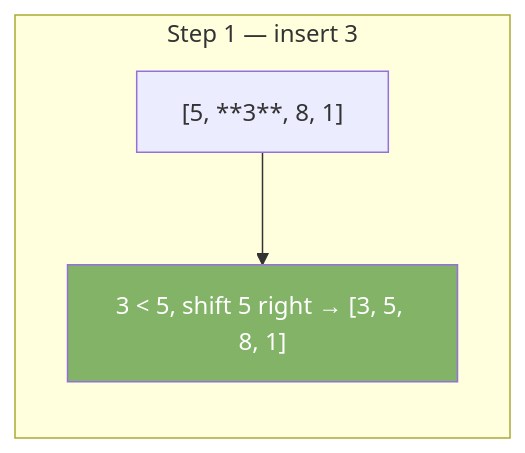
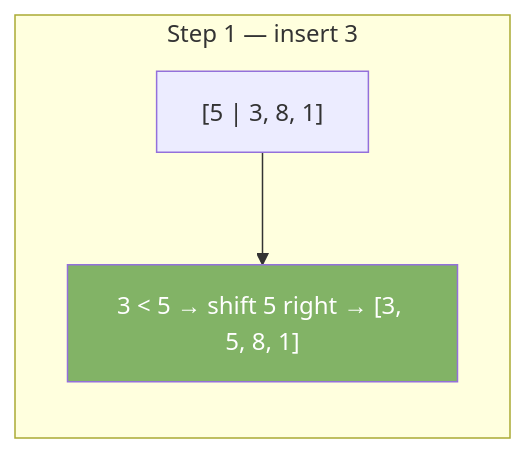
One commit to valarpirai/software-enginneering changed the first of 3 diagrams in docs/21-insertion-sort.md. Above: the diagram before and after it, drawn with Mermaid. The commit also changed other lines of this file and 3 other files, not shown here.

````diff
--- a/docs/21-insertion-sort.md
+++ b/docs/21-insertion-sort.md
@@ -25,7 +33,7 @@
 ```mermaid
 graph LR
     subgraph "Step 1 — insert 3"
-    A["[5, **3**, 8, 1]"] --> B["3 < 5, shift 5 right → [3, 5, 8, 1]"]
+    A["[5 | 3, 8, 1]"] --> B["3 < 5 → shift 5 right → [3, 5, 8, 1]"]
     end
     style B fill:#82b366,color:#fff
 ```
````
